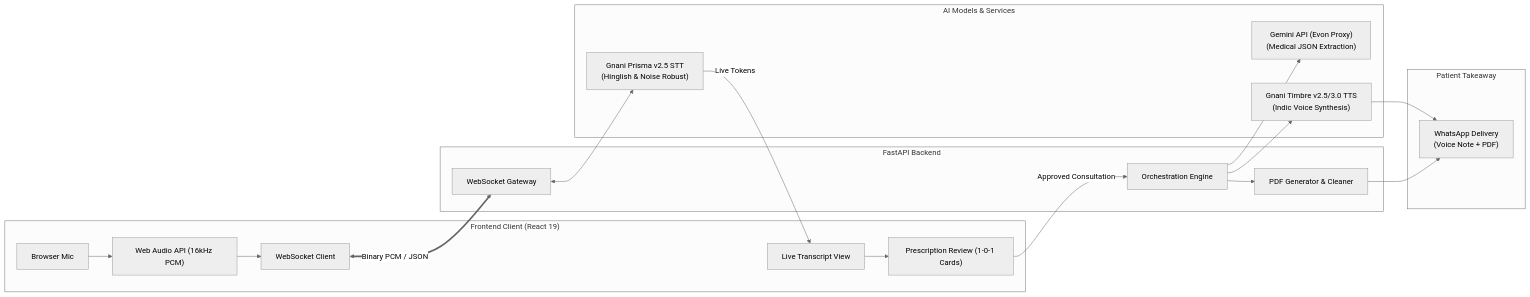
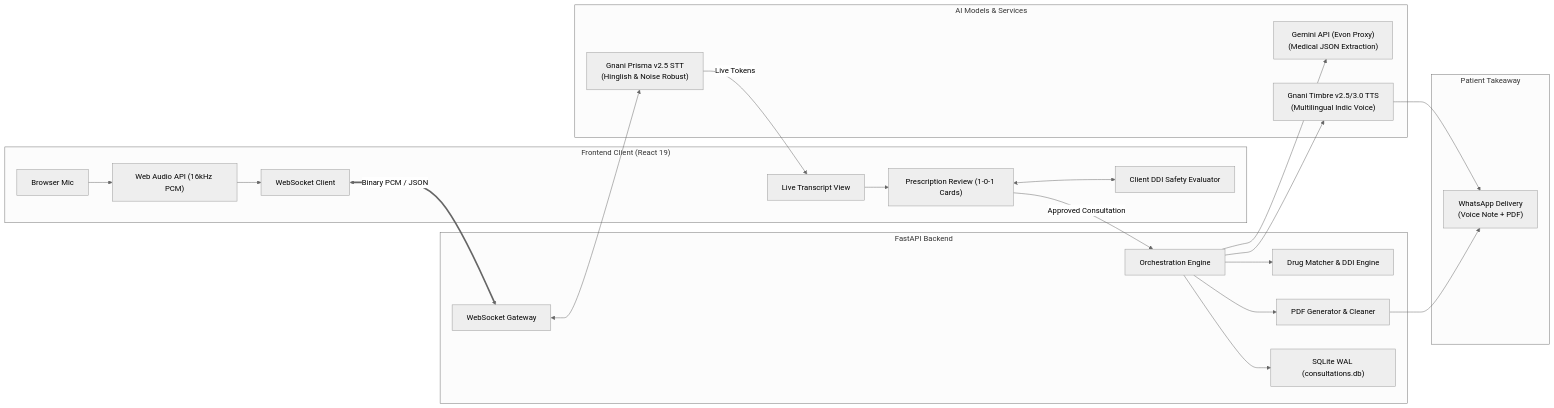
One commit to Avinash01715/DocScribeAI changed the second of 2 diagrams in README.md. Above: the diagram before and after it, drawn with Mermaid (neutral theme). The commit also changed other lines of this file, not shown here.

````diff
--- a/README.md
+++ b/README.md
@@ -205,36 +246,42 @@
 ```mermaid
 flowchart LR
     subgraph Frontend ["Frontend Client (React 19)"]
         A["Browser Mic"] --> B["Web Audio API (16kHz PCM)"]
         B --> C["WebSocket Client"]
         D["Live Transcript View"]
         E["Prescription Review (1-0-1 Cards)"]
+        S["Client DDI Safety Evaluator"]
+        D --> E
+        E <--> S
     end
 
     subgraph Backend ["FastAPI Backend"]
         F["WebSocket Gateway"]
         G["Orchestration Engine"]
+        DM["Drug Matcher & DDI Engine"]
         H["PDF Generator & Cleaner"]
+        DB["SQLite WAL (consultations.db)"]
     end
 
     subgraph Models ["AI Models & Services"]
         I["Gnani Prisma v2.5 STT<br/>(Hinglish & Noise Robust)"]
         J["Gemini API (Evon Proxy)<br/>(Medical JSON Extraction)"]
-        K["Gnani Timbre v2.5/3.0 TTS<br/>(Indic Voice Synthesis)"]
+        K["Gnani Timbre v2.5/3.0 TTS<br/>(Multilingual Indic Voice)"]
     end
 
     subgraph Output ["Patient Takeaway"]
         L["WhatsApp Delivery<br/>(Voice Note + PDF)"]
     end
 
     C <==>|Binary PCM / JSON| F
     F <--> I
     I -->|Live Tokens| D
-    D --> E
     E -->|Approved Consultation| G
     G --> J
+    G --> DM
     G --> K
     G --> H
+    G --> DB
     K --> L
     H --> L
 ```
````
